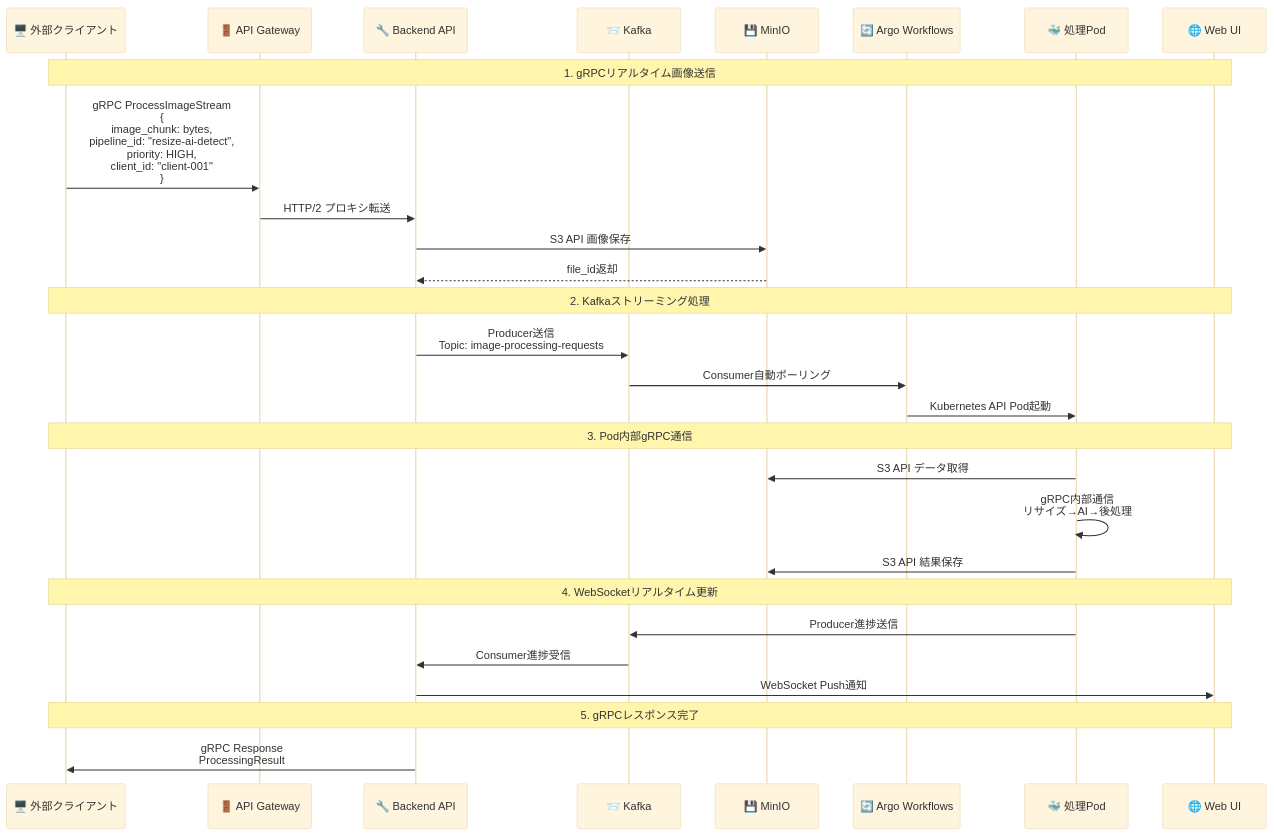
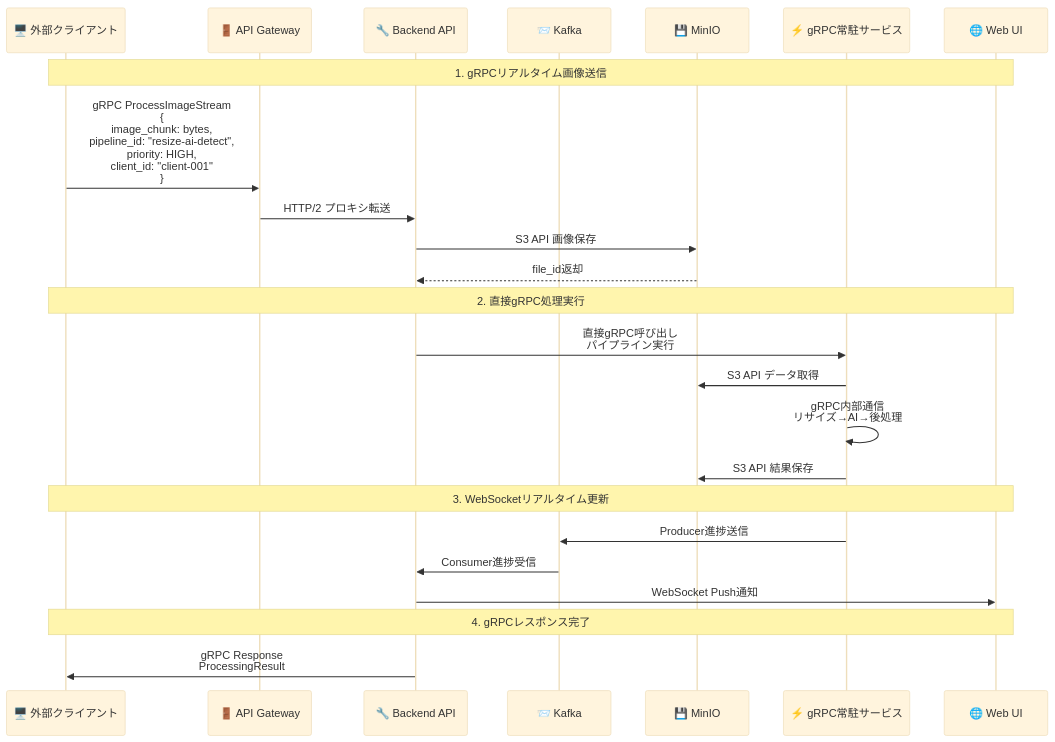
Before and after one commit to daichiTAAA/ImageFlowCanvas: the second of 2 diagrams in docs/0300_設計_アプローチ1/0304_API設計.md, drawn with Mermaid (base theme). The commit also changed other lines of this file and 7 other files, not shown here.

Commit message:
Update README.md to remove Argo Workflows references

````diff
--- a/docs/0300_設計_アプローチ1/0304_API設計.md
+++ b/docs/0300_設計_アプローチ1/0304_API設計.md
@@ -63,35 +57,30 @@
 ```mermaid
 sequenceDiagram
     participant Client as 🖥️ 外部クライアント
     participant Gateway as 🚪 API Gateway  
     participant API as 🔧 Backend API
     participant Kafka as 📨 Kafka
     participant MinIO as 💾 MinIO
-    participant ArgoWF as 🔄 Argo Workflows
-    participant Pod as 🐳 処理Pod
+    participant gRPCServices as ⚡ gRPC常駐サービス
     participant WebUI as 🌐 Web UI
 
     Note over Client, WebUI: 1. gRPCリアルタイム画像送信
     Client->>Gateway: gRPC ProcessImageStream<br/>{<br/>  image_chunk: bytes,<br/>  pipeline_id: "resize-ai-detect",<br/>  priority: HIGH,<br/>  client_id: "client-001"<br/>}
     Gateway->>API: HTTP/2 プロキシ転送
     API->>MinIO: S3 API 画像保存
     MinIO-->>API: file_id返却
     
-    Note over Client, WebUI: 2. Kafkaストリーミング処理
-    API->>Kafka: Producer送信<br/>Topic: image-processing-requests
-    Kafka->>ArgoWF: Consumer自動ポーリング
-    ArgoWF->>Pod: Kubernetes API Pod起動
+    Note over Client, WebUI: 2. 直接gRPC処理実行
+    API->>gRPCServices: 直接gRPC呼び出し<br/>パイプライン実行
+    gRPCServices->>MinIO: S3 API データ取得
+    gRPCServices->>gRPCServices: gRPC内部通信<br/>リサイズ→AI→後処理
+    gRPCServices->>MinIO: S3 API 結果保存
     
-    Note over Client, WebUI: 3. Pod内部gRPC通信
-    Pod->>MinIO: S3 API データ取得
-    Pod->>Pod: gRPC内部通信<br/>リサイズ→AI→後処理
-    Pod->>MinIO: S3 API 結果保存
-    
-    Note over Client, WebUI: 4. WebSocketリアルタイム更新
-    Pod->>Kafka: Producer進捗送信
+    Note over Client, WebUI: 3. WebSocketリアルタイム更新
+    gRPCServices->>Kafka: Producer進捗送信
     Kafka->>API: Consumer進捗受信
     API->>WebUI: WebSocket Push通知
     
-    Note over Client, WebUI: 5. gRPCレスポンス完了
+    Note over Client, WebUI: 4. gRPCレスポンス完了
     API->>Client: gRPC Response<br/>ProcessingResult
 ```
````
